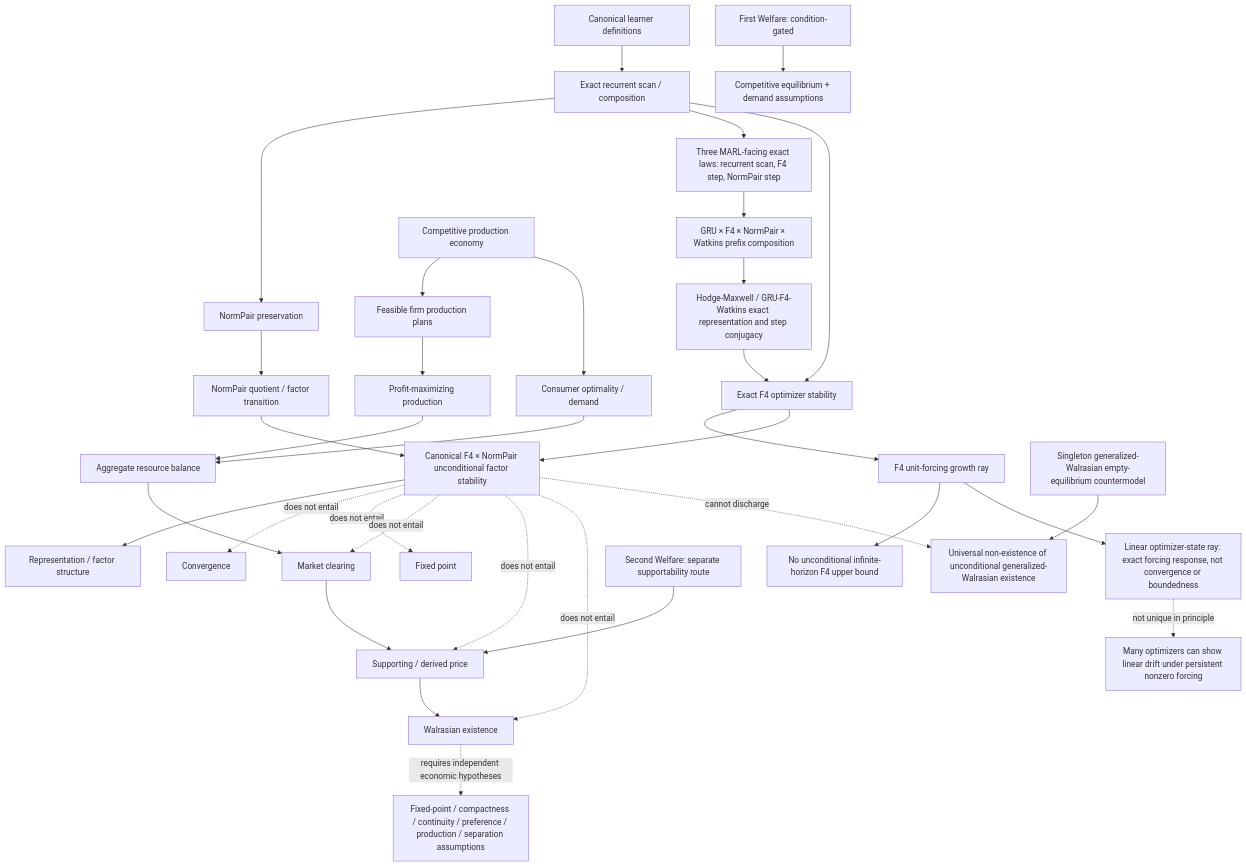
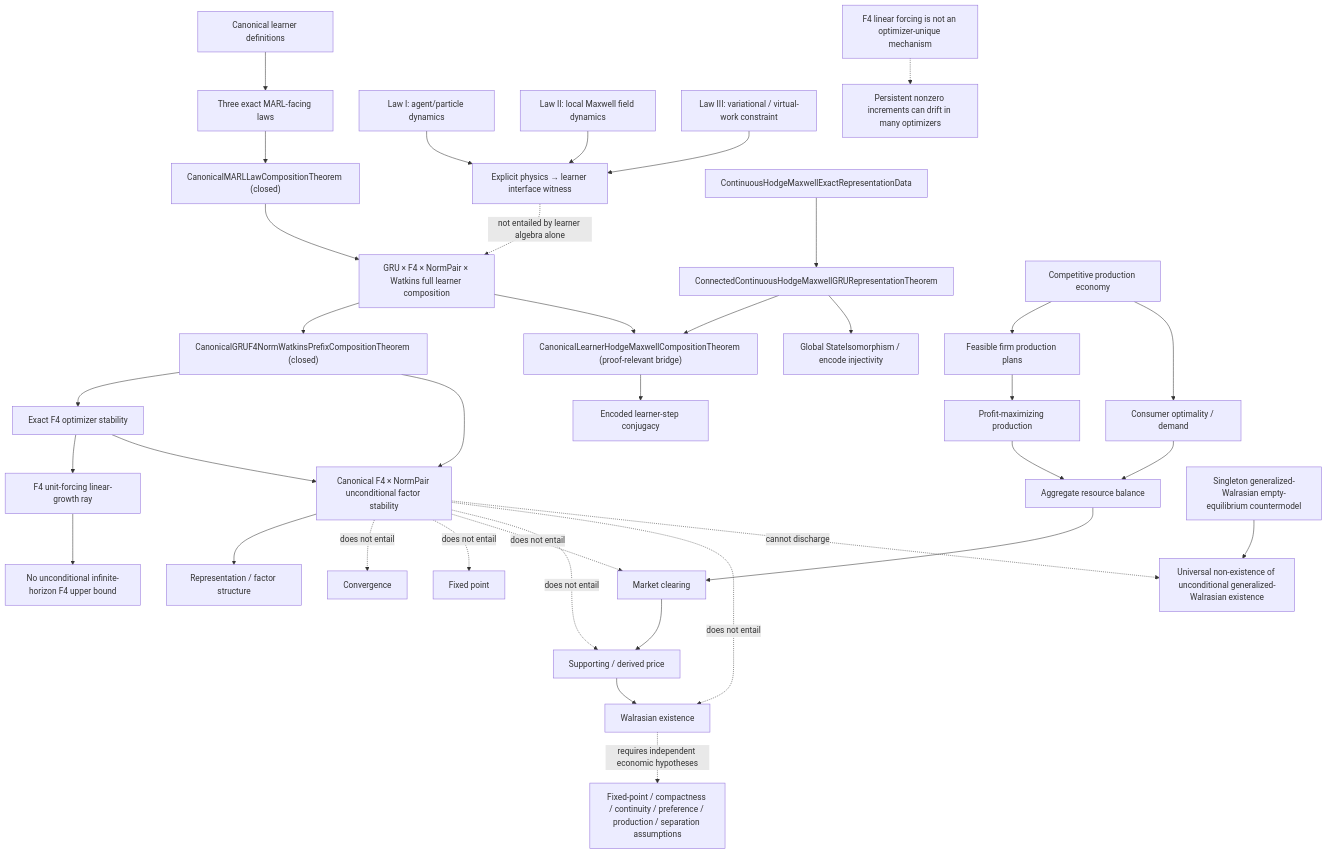
One commit to JohnChristianD/Actions changed the diagram in docs/research/current-semantic-emergence-2026-09-25.mmd. Above: the diagram before and after it, drawn with Mermaid.

Commit message:
Promote closed MARL composition and Hodge bridge topology

```diff
--- a/docs/research/current-semantic-emergence-2026-09-25.mmd
+++ b/docs/research/current-semantic-emergence-2026-09-25.mmd
@@ -1,40 +1,50 @@
 flowchart TD
-  A["Canonical learner definitions"] --> B["Exact recurrent scan / composition"]
-  B --> C["NormPair preservation"]
-  B --> ML["Three MARL-facing exact laws: recurrent scan, F4 step, NormPair step"]
-  ML --> CP["GRU × F4 × NormPair × Watkins prefix composition"]
-  CP --> HM["Hodge-Maxwell / GRU-F4-Watkins exact representation and step conjugacy"]
-  C --> D["NormPair quotient / factor transition"]
-  B --> E["Exact F4 optimizer stability"]
-  E --> F["F4 unit-forcing growth ray"]
-  HM --> E
-  F --> G["No unconditional infinite-horizon F4 upper bound"]
-  D --> H["Canonical F4 × NormPair unconditional factor stability"]
+  A["Canonical learner definitions"] --> B["Three exact MARL-facing laws"]
+  B --> C["CanonicalMARLLawCompositionTheorem (closed)"]
+  C --> D["GRU × F4 × NormPair × Watkins full learner composition"]
+  D --> E["CanonicalGRUF4NormWatkinsPrefixCompositionTheorem (closed)"]
+
+  P1["Law I: agent/particle dynamics"]
+  P2["Law II: local Maxwell field dynamics"]
+  P3["Law III: variational / virtual-work constraint"]
+  P1 --> PI["Explicit physics → learner interface witness"]
+  P2 --> PI
+  P3 --> PI
+  PI -. "not entailed by learner algebra alone" .-> D
+
+  H0["ContinuousHodgeMaxwellExactRepresentationData"]
+  H1["ConnectedContinuousHodgeMaxwellGRURepresentationTheorem"]
+  H0 --> H1
+  H1 --> HB["CanonicalLearnerHodgeMaxwellCompositionTheorem (proof-relevant bridge)"]
+  D --> HB
+
+  HB --> HC["Encoded learner-step conjugacy"]
+  H1 --> HI["Global StateIsomorphism / encode injectivity"]
+
+  E --> F["Exact F4 optimizer stability"]
+  F --> G["F4 unit-forcing linear-growth ray"]
+  G --> GNB["No unconditional infinite-horizon F4 upper bound"]
+  F --> H["Canonical F4 × NormPair unconditional factor stability"]
   E --> H
 
   H --> I["Representation / factor structure"]
   H -. "does not entail" .-> J["Convergence"]
   H -. "does not entail" .-> K["Fixed point"]
   H -. "does not entail" .-> L["Market clearing"]
   H -. "does not entail" .-> M["Supporting / derived price"]
   H -. "does not entail" .-> N["Walrasian existence"]
 
-  O["Competitive production economy"] --> P["Feasible firm production plans"]
-  P --> Q["Profit-maximizing production"]
-  O --> R["Consumer optimality / demand"]
-  Q --> S["Aggregate resource balance"]
-  R --> S
-  S --> L
+  O["Competitive production economy"] --> Q["Feasible firm production plans"]
+  Q --> R["Profit-maximizing production"]
+  O --> S["Consumer optimality / demand"]
+  R --> T["Aggregate resource balance"]
+  S --> T
+  T --> L
   L --> M
   M --> N
+  N -. "requires independent economic hypotheses" .-> U["Fixed-point / compactness / continuity / preference / production / separation assumptions"]
 
-  N -. "requires independent economic hypotheses" .-> T["Fixed-point / compactness / continuity / preference / production / separation assumptions"]
+  V["Singleton generalized-Walrasian empty-equilibrium countermodel"] --> W["Universal non-existence of unconditional generalized-Walrasian existence"]
+  H -. "cannot discharge" .-> W
 
-  U["Singleton generalized-Walrasian empty-equilibrium countermodel"] --> V["Universal non-existence of unconditional generalized-Walrasian existence"]
-  H -. "cannot discharge" .-> V
-
-  W["First Welfare: condition-gated"] --> X["Competitive equilibrium + demand assumptions"]
-  Y["Second Welfare: separate supportability route"] --> M
-
-  F --> LR["Linear optimizer-state ray: exact forcing response, not convergence or boundedness"]
-  LR -. "not unique in principle" .-> LU["Many optimizers can show linear drift under persistent nonzero forcing"]
+  X["F4 linear forcing is not an optimizer-unique mechanism"] -.-> Y["Persistent nonzero increments can drift in many optimizers"]
```
